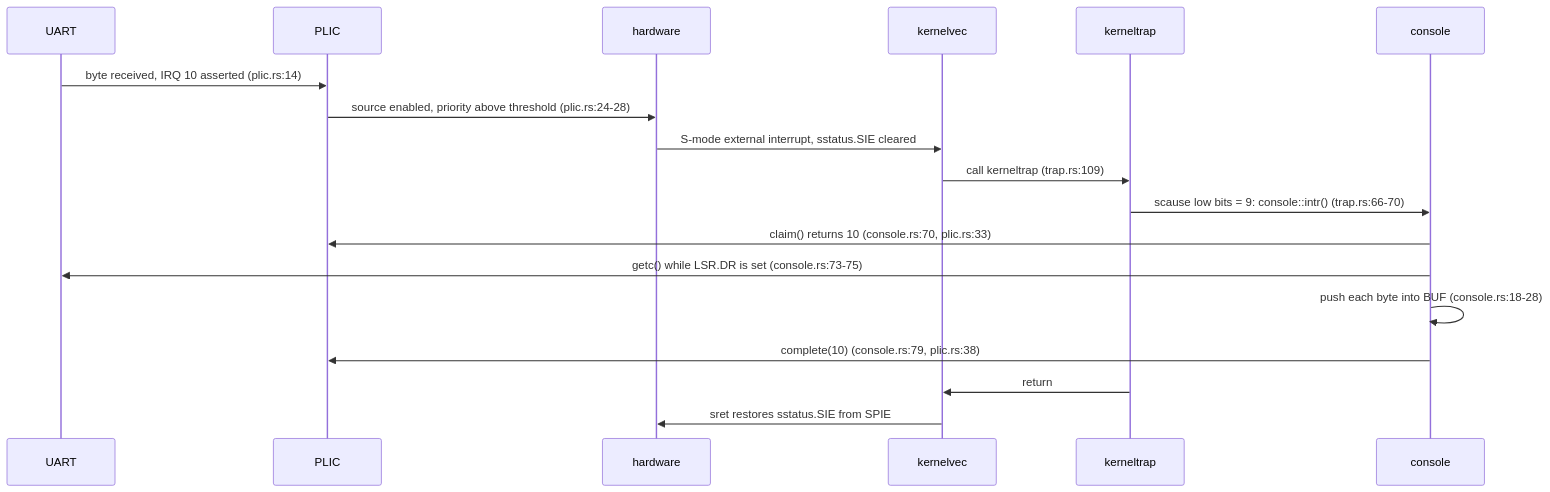
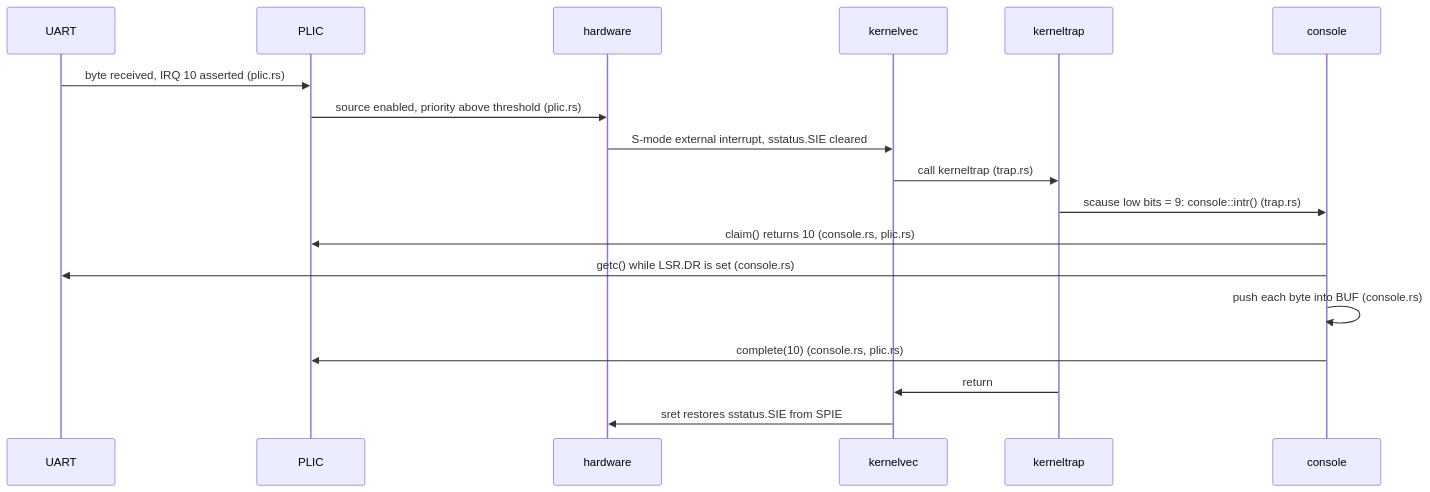
One commit to USF-CS326-F26/USF-CS326-F26.github.io changed the third of 4 diagrams in docs/guides/rv6-architecture.md. Above: the diagram before and after it, drawn with Mermaid. The commit also changed other lines of this file and 66 other files, not shown here.

````diff
--- a/docs/guides/rv6-architecture.md
+++ b/docs/guides/rv6-architecture.md
@@ -389,20 +389,20 @@
 ```mermaid
 sequenceDiagram
     participant UART
     participant PLIC
     participant HW as hardware
     participant kernelvec
     participant kerneltrap
     participant console
-    UART->>PLIC: byte received, IRQ 10 asserted (plic.rs:14)
-    PLIC->>HW: source enabled, priority above threshold (plic.rs:24-28)
+    UART->>PLIC: byte received, IRQ 10 asserted (plic.rs)
+    PLIC->>HW: source enabled, priority above threshold (plic.rs)
     HW->>kernelvec: S-mode external interrupt, sstatus.SIE cleared
-    kernelvec->>kerneltrap: call kerneltrap (trap.rs:109)
-    kerneltrap->>console: scause low bits = 9: console::intr() (trap.rs:66-70)
-    console->>PLIC: claim() returns 10 (console.rs:70, plic.rs:33)
-    console->>UART: getc() while LSR.DR is set (console.rs:73-75)
-    console->>console: push each byte into BUF (console.rs:18-28)
-    console->>PLIC: complete(10) (console.rs:79, plic.rs:38)
+    kernelvec->>kerneltrap: call kerneltrap (trap.rs)
+    kerneltrap->>console: scause low bits = 9: console::intr() (trap.rs)
+    console->>PLIC: claim() returns 10 (console.rs, plic.rs)
+    console->>UART: getc() while LSR.DR is set (console.rs)
+    console->>console: push each byte into BUF (console.rs)
+    console->>PLIC: complete(10) (console.rs, plic.rs)
     kerneltrap->>kernelvec: return
     kernelvec->>HW: sret restores sstatus.SIE from SPIE
 ```
````
